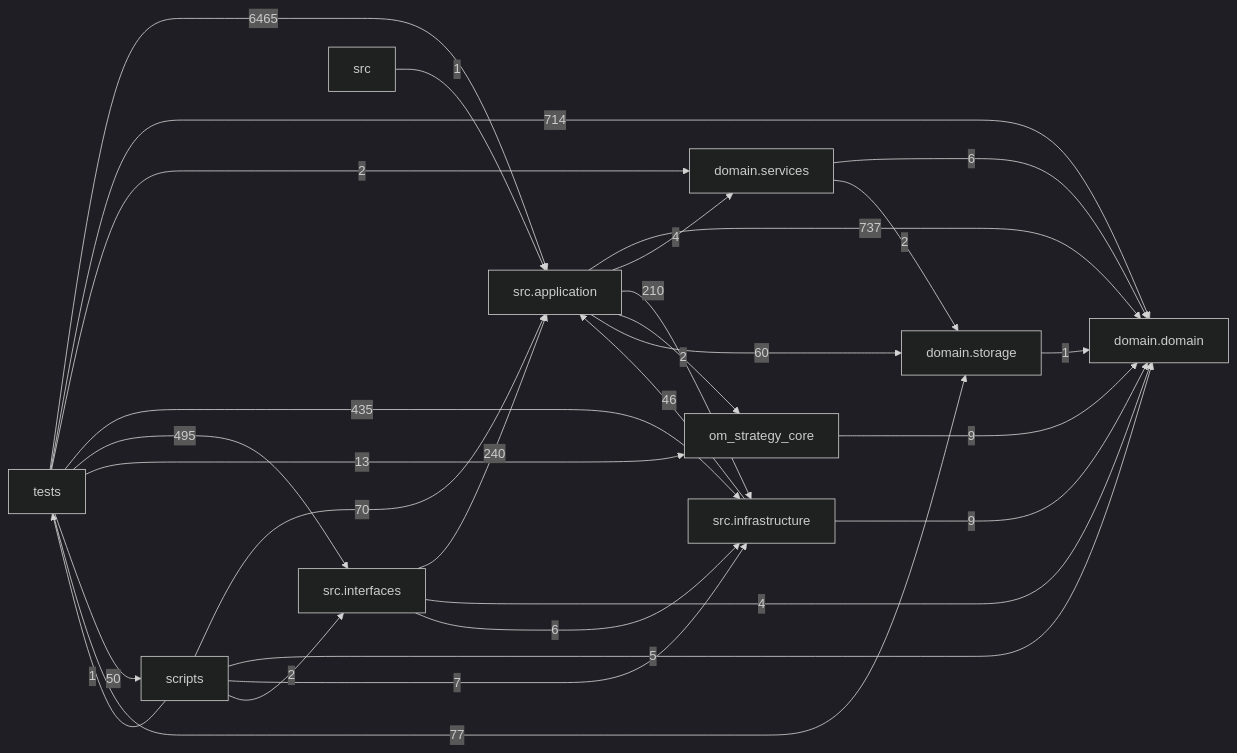
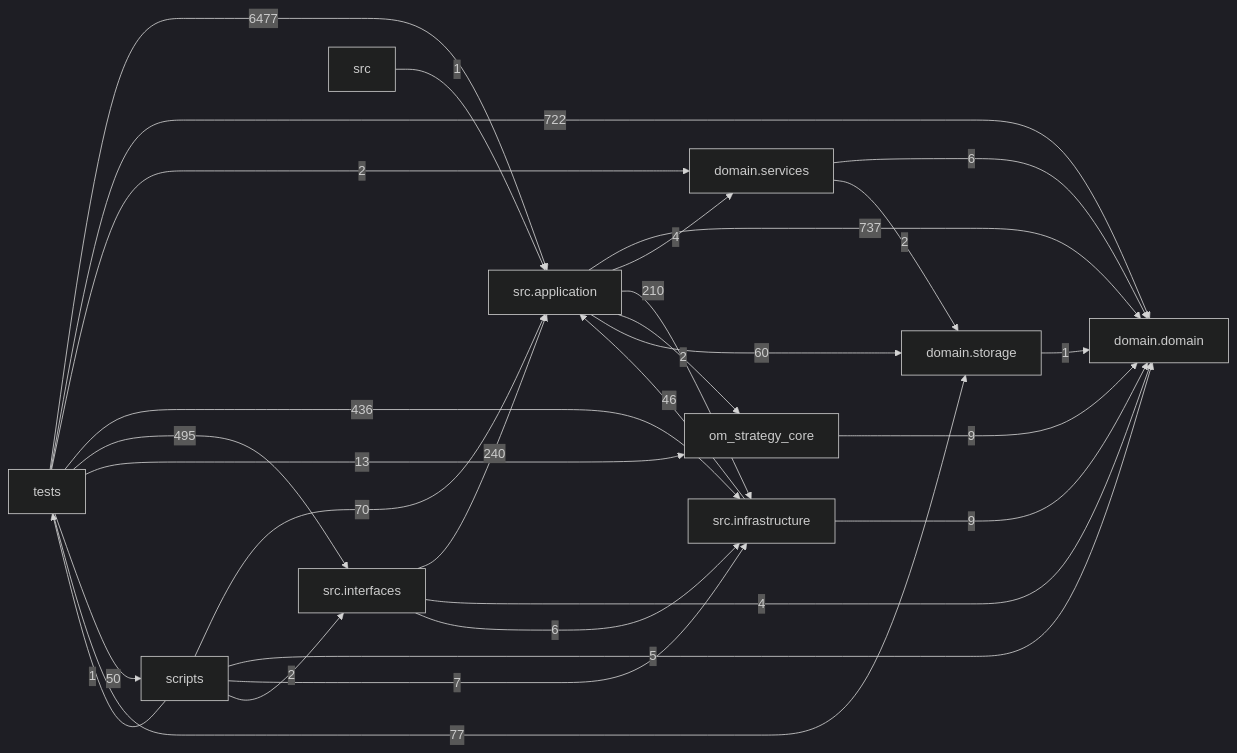
The diagram in docs/DEPENDENCY_GRAPH.md (liuxie066/options-monitor), drawn with Mermaid (dark theme) before and after one commit. The commit also changed other lines of this file and 21 other files, not shown here.

````diff
--- a/docs/DEPENDENCY_GRAPH.md
+++ b/docs/DEPENDENCY_GRAPH.md
@@ -24,39 +24,39 @@
 ```mermaid
 flowchart LR
   tests["tests"]
   scripts["scripts"]
   interfaces["src.interfaces"]
   application["src.application"]
   infrastructure["src.infrastructure"]
   domain_services["domain.services"]
   domain["domain.domain"]
   storage["domain.storage"]
   application -->|737| domain
   application -->|4| domain_services
   application -->|210| infrastructure
   application -->|2| om_strategy_core
   application -->|60| storage
   domain_services -->|6| domain
   domain_services -->|2| storage
   infrastructure -->|46| application
   infrastructure -->|9| domain
   interfaces -->|240| application
   interfaces -->|4| domain
   interfaces -->|6| infrastructure
   om_strategy_core -->|9| domain
   scripts -->|70| application
   scripts -->|5| domain
   scripts -->|7| infrastructure
   scripts -->|2| interfaces
   scripts -->|1| tests
   src -->|1| application
   storage -->|1| domain
-  tests -->|6465| application
-  tests -->|714| domain
+  tests -->|6477| application
+  tests -->|722| domain
   tests -->|2| domain_services
-  tests -->|435| infrastructure
+  tests -->|436| infrastructure
   tests -->|495| interfaces
   tests -->|13| om_strategy_core
   tests -->|50| scripts
   tests -->|77| storage
 ```
````
